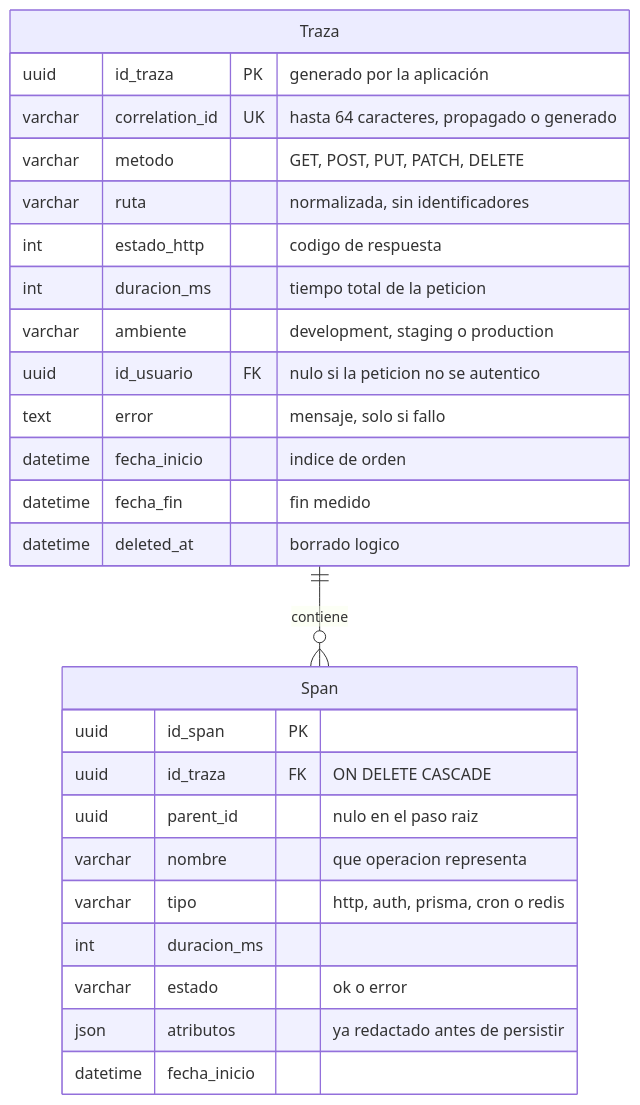
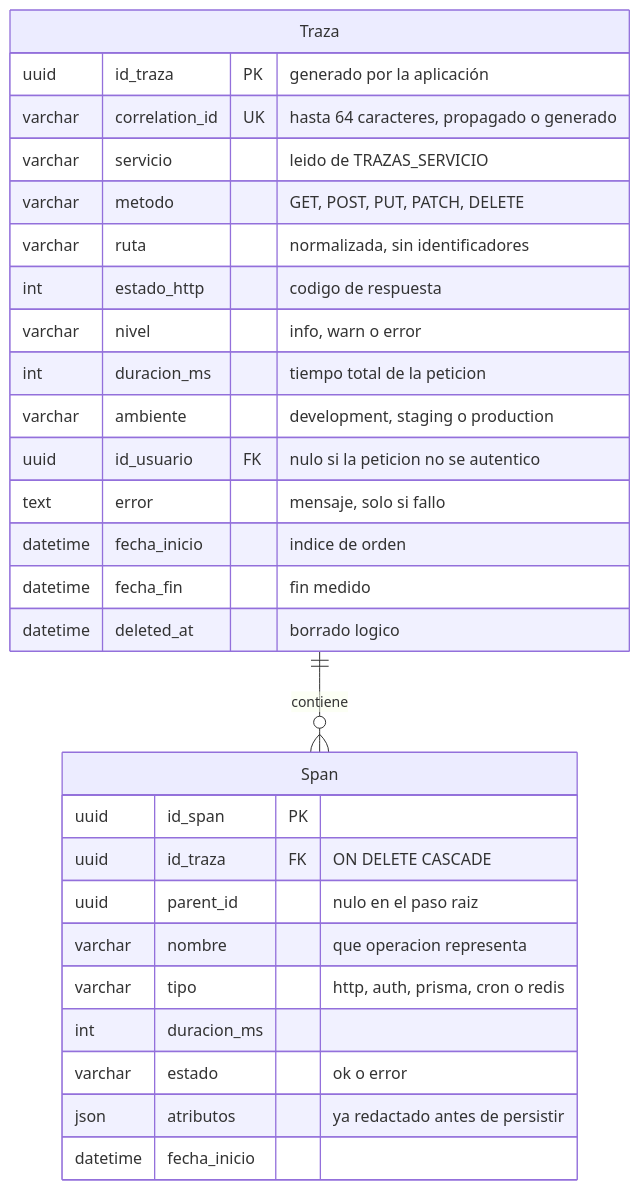
Before and after one commit to CodeCastersD20/GoblinHub_CodeCasters: the diagram in specs/006-visor-trazabilidad-logs-tracers/data-model.md, drawn with Mermaid. The commit also changed other lines of this file and 5 other files, not shown here.

````diff
--- a/specs/006-visor-trazabilidad-logs-tracers/data-model.md
+++ b/specs/006-visor-trazabilidad-logs-tracers/data-model.md
@@ -18,31 +18,33 @@
 ```mermaid
 erDiagram
     Traza ||--o{ Span : "contiene"
 
     Traza {
         uuid     id_traza       PK "generado por la aplicación"
         varchar  correlation_id UK "hasta 64 caracteres, propagado o generado"
+        varchar  servicio       "leido de TRAZAS_SERVICIO"
         varchar  metodo         "GET, POST, PUT, PATCH, DELETE"
         varchar  ruta           "normalizada, sin identificadores"
         int      estado_http    "codigo de respuesta"
+        varchar  nivel          "info, warn o error"
         int      duracion_ms    "tiempo total de la peticion"
         varchar  ambiente       "development, staging o production"
         uuid     id_usuario     FK "nulo si la peticion no se autentico"
         text     error          "mensaje, solo si fallo"
         datetime fecha_inicio   "indice de orden"
         datetime fecha_fin      "fin medido"
         datetime deleted_at     "borrado logico"
     }
 
     Span {
         uuid     id_span     PK
         uuid     id_traza    FK "ON DELETE CASCADE"
         uuid     parent_id   "nulo en el paso raiz"
         varchar  nombre      "que operacion representa"
         varchar  tipo        "http, auth, prisma, cron o redis"
         int      duracion_ms
         varchar  estado      "ok o error"
         json     atributos   "ya redactado antes de persistir"
         datetime fecha_inicio
     }
 ```
````
